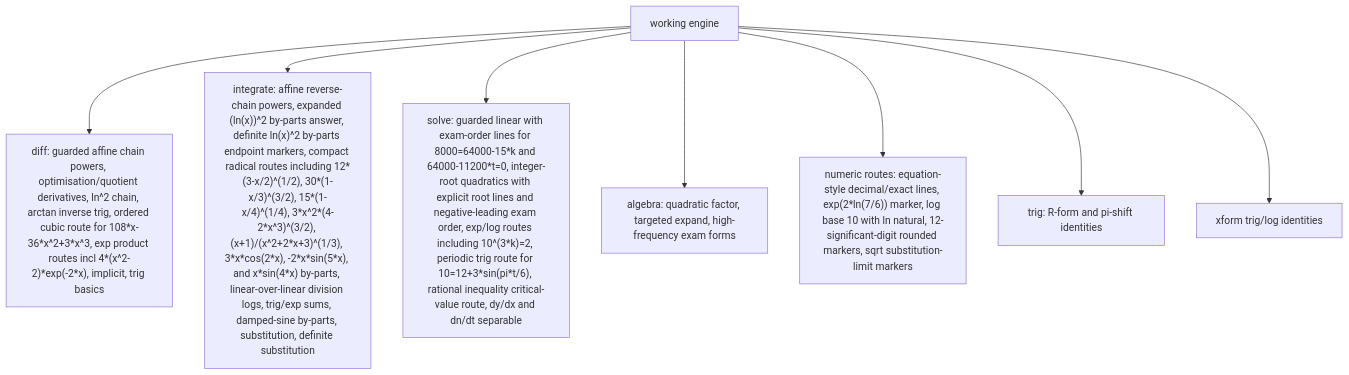
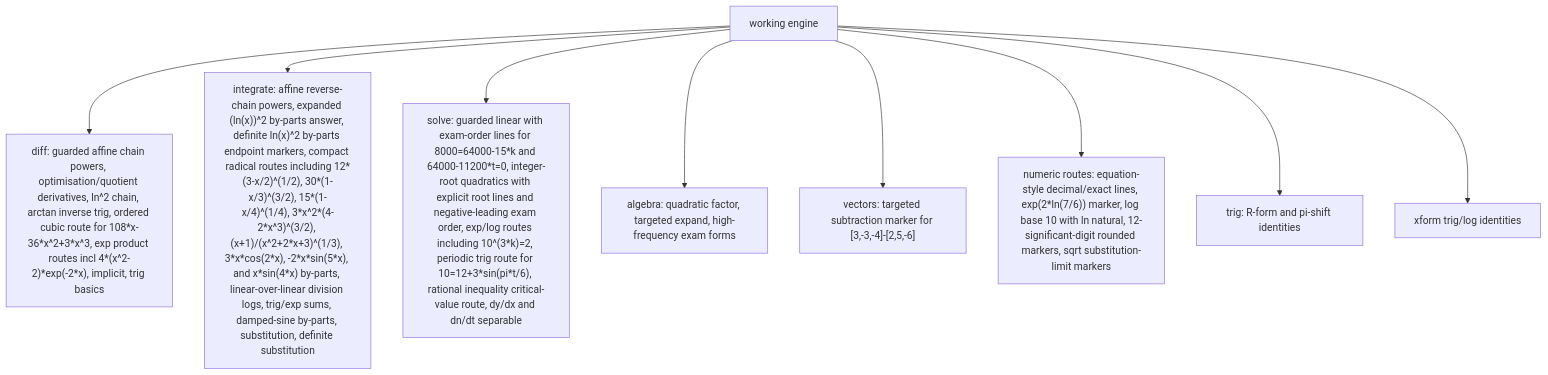
One commit to james8464/notes-addin-casio-fx-cg50 changed the third of 6 diagrams in docs/GRAPH.md. Above: the diagram before and after it, drawn with Mermaid. The commit also changed other lines of this file and 6 other files, not shown here.

````diff
--- a/docs/GRAPH.md
+++ b/docs/GRAPH.md
@@ -36,10 +36,11 @@
 ```mermaid
 graph TD
   Work["working engine"] --> Diff["diff: guarded affine chain powers, optimisation/quotient derivatives, ln^2 chain, arctan inverse trig, ordered cubic route for 108*x-36*x^2+3*x^3, exp product routes incl 4*(x^2-2)*exp(-2*x), implicit, trig basics"]
   Work --> Int["integrate: affine reverse-chain powers, expanded (ln(x))^2 by-parts answer, definite ln(x)^2 by-parts endpoint markers, compact radical routes including 12*(3-x/2)^(1/2), 30*(1-x/3)^(3/2), 15*(1-x/4)^(1/4), 3*x^2*(4-2*x^3)^(3/2), (x+1)/(x^2+2*x+3)^(1/3), 3*x*cos(2*x), -2*x*sin(5*x), and x*sin(4*x) by-parts, linear-over-linear division logs, trig/exp sums, damped-sine by-parts, substitution, definite substitution"]
   Work --> Solve["solve: guarded linear with exam-order lines for 8000=64000-15*k and 64000-11200*t=0, integer-root quadratics with explicit root lines and negative-leading exam order, exp/log routes including 10^(3*k)=2, periodic trig route for 10=12+3*sin(pi*t/6), rational inequality critical-value route, dy/dx and dn/dt separable"]
   Work --> Alg["algebra: quadratic factor, targeted expand, high-frequency exam forms"]
+  Work --> Vec["vectors: targeted subtraction marker for [3,-3,-4]-[2,5,-6]"]
   Work --> Num["numeric routes: equation-style decimal/exact lines, exp(2*ln(7/6)) marker, log base 10 with ln natural, 12-significant-digit rounded markers, sqrt substitution-limit markers"]
   Work --> Trig["trig: R-form and pi-shift identities"]
   Work --> Xform["xform trig/log identities"]
 ```
````
